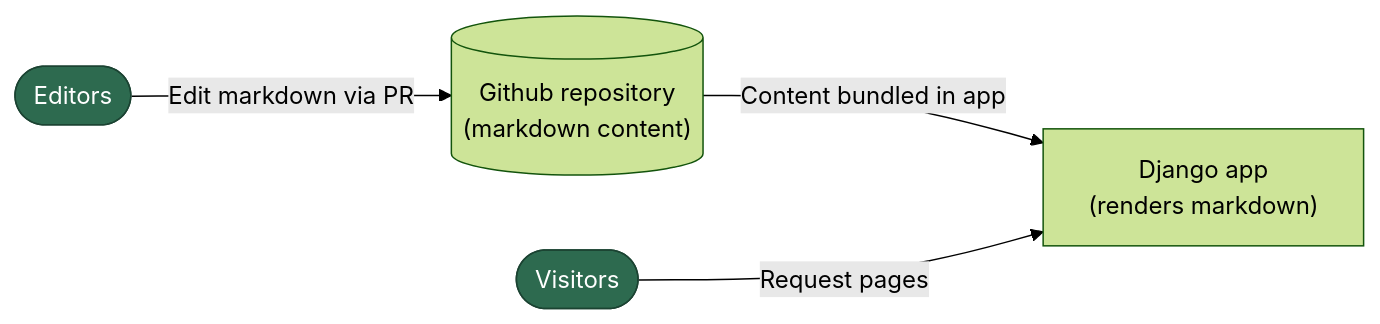
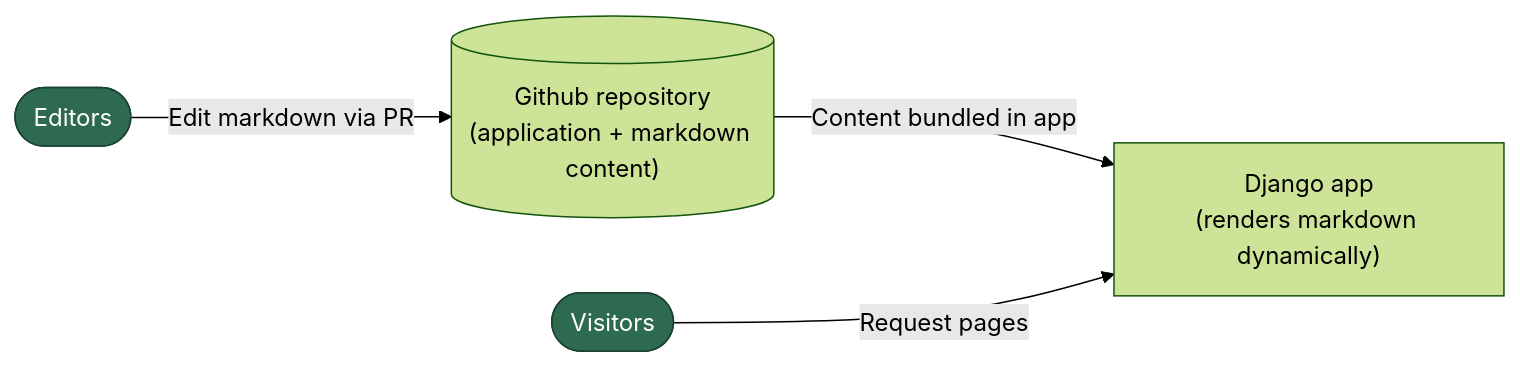
The first of 3 diagrams in docs/high-level-solution-architecture.md (alphagov/datagovuk-sandbox), drawn with Mermaid (forest theme) before and after one commit.

Commit message:
Revise high-level solution architecture documentation
Updated the high-level solution architecture documentation to reflect the current deployment strategy and application structure.

````diff
--- a/docs/high-level-solution-architecture.md
+++ b/docs/high-level-solution-architecture.md
@@ -12,14 +12,14 @@
 ```mermaid
 flowchart LR
     editor([Editors])
-    repo[("Github repository\n(markdown content)")]
-    app["Django app\n(renders markdown)"]
+    repo[("Github repository\n(application + markdown content)")]
+    app["Django app\n(renders markdown dynamically)"]
     visitor([Visitors])
 
     editor -->|Edit markdown via PR| repo
     repo -->|Content bundled in app| app
     visitor -->|Request pages| app
 
     classDef user fill:#2D6A4F,stroke:#1B4332,color:#FFFFFF
     class editor,visitor user
 ```
````
